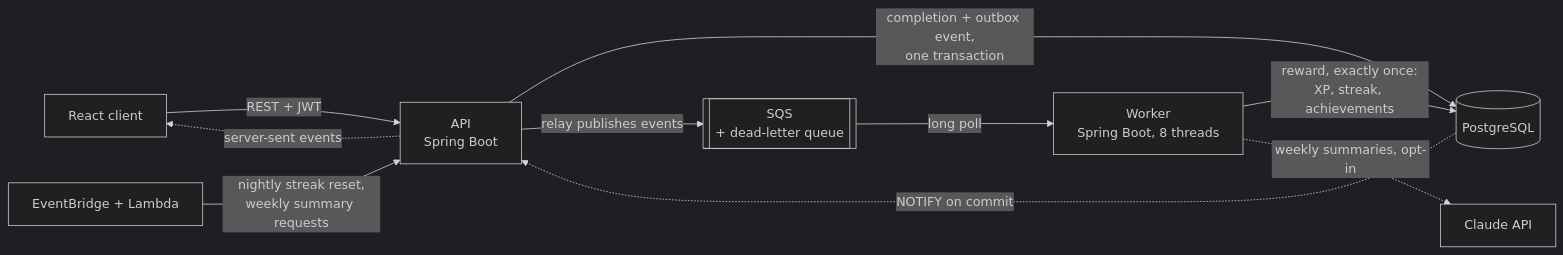
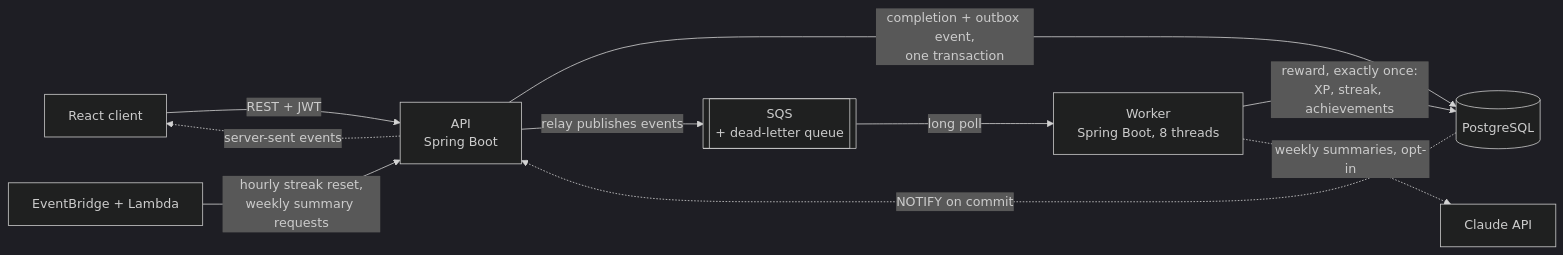
The diagram in README.md (andrewwsou/progress-tracker), drawn with Mermaid (dark theme) before and after one commit. The commit also changed other lines of this file and 31 other files, not shown here.

````diff
--- a/README.md
+++ b/README.md
@@ -41,12 +41,12 @@
 ```mermaid
 flowchart LR
     UI["React client"] -->|"REST + JWT"| API["API<br/>Spring Boot"]
     API -->|"completion + outbox event,<br/>one transaction"| DB[("PostgreSQL")]
     API -->|"relay publishes events"| Q[["SQS<br/>+ dead-letter queue"]]
     Q -->|"long poll"| W["Worker<br/>Spring Boot, 8 threads"]
     W -->|"reward, exactly once:<br/>XP, streak, achievements"| DB
     W -.->|"weekly summaries, opt-in"| LLM["Claude API"]
     DB -.->|"NOTIFY on commit"| API
     API -.->|"server-sent events"| UI
-    EB["EventBridge + Lambda"] -->|"nightly streak reset,<br/>weekly summary requests"| API
+    EB["EventBridge + Lambda"] -->|"hourly streak reset,<br/>weekly summary requests"| API
 ```
````
